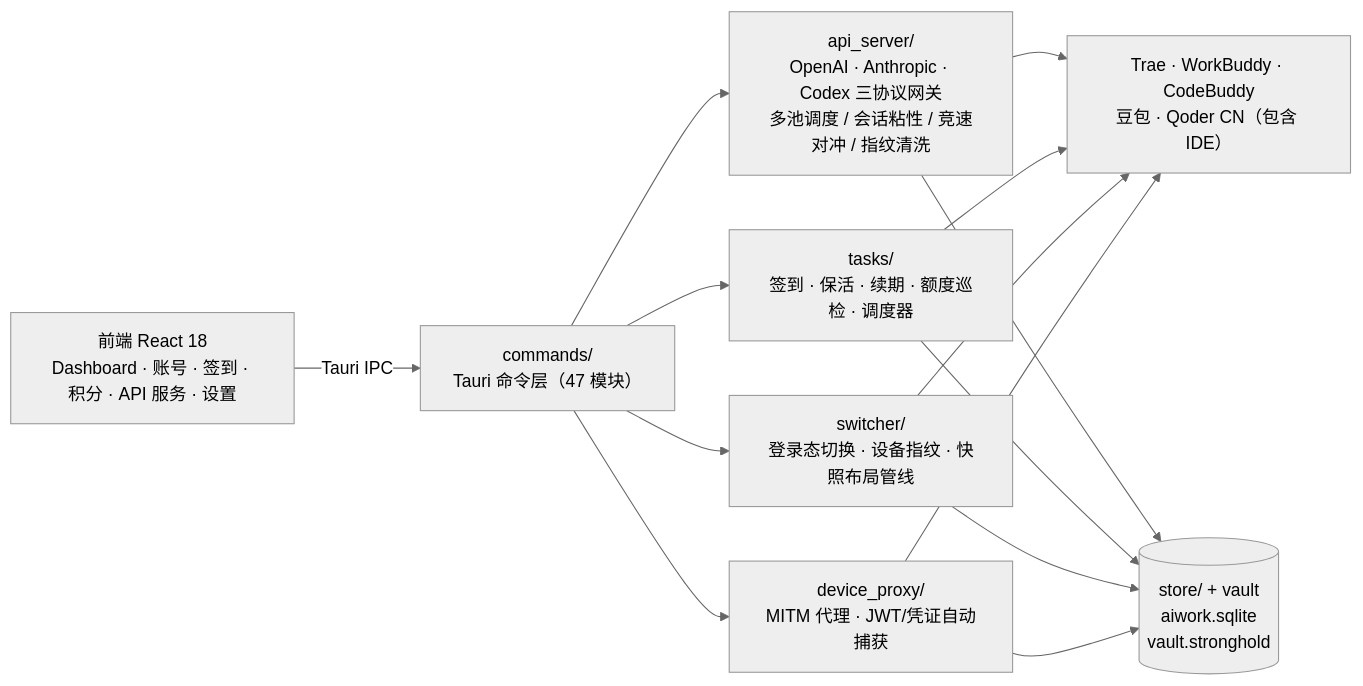
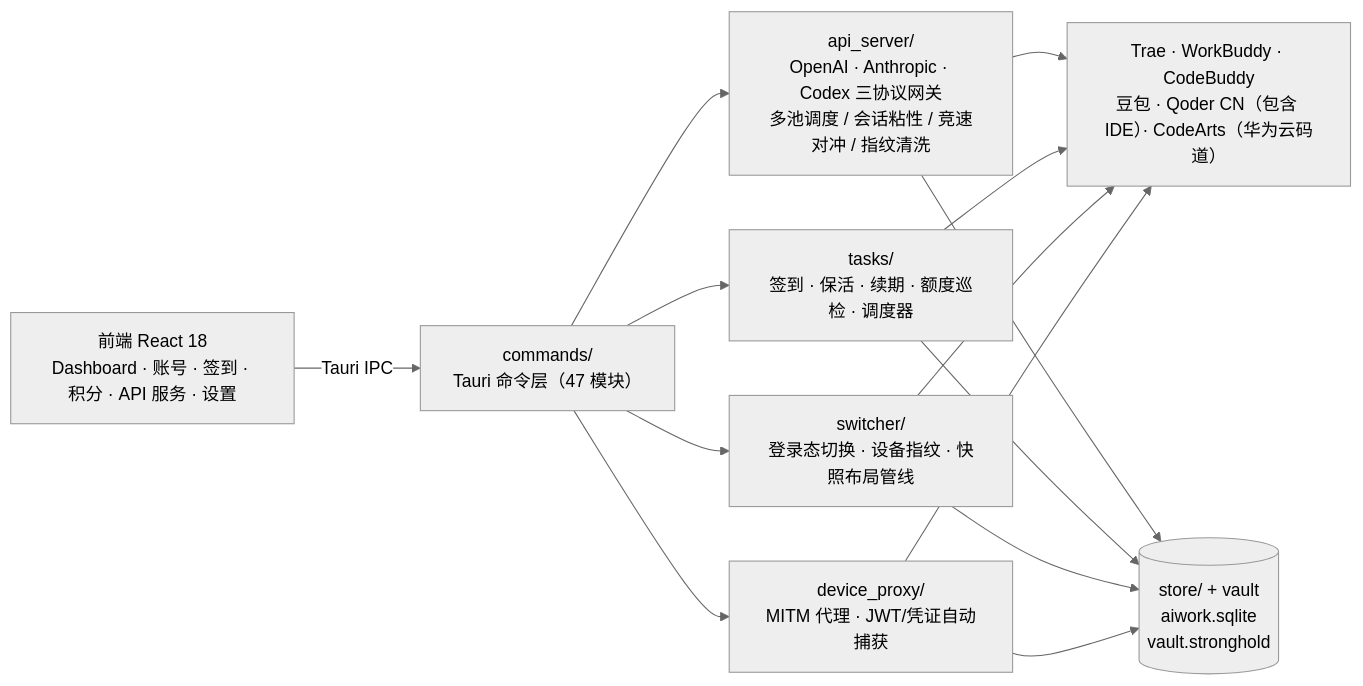
The diagram in README.md (smart-open/TraeWorkAssistant), drawn with Mermaid (neutral theme) before and after one commit. The commit also changed other lines of this file and 65 other files, not shown here.

````diff
--- a/README.md
+++ b/README.md
@@ -121,16 +122,16 @@
 ```mermaid
 flowchart LR
     UI["前端 React 18<br/>Dashboard · 账号 · 签到 · 积分 · API 服务 · 设置"]
     CMD["commands/<br/>Tauri 命令层（47 模块）"]
     GW["api_server/<br/>OpenAI · Anthropic · Codex 三协议网关<br/>多池调度 / 会话粘性 / 竞速对冲 / 指纹清洗"]
     TASKS["tasks/<br/>签到 · 保活 · 续期 · 额度巡检 · 调度器"]
     SW["switcher/<br/>登录态切换 · 设备指纹 · 快照布局管线"]
     PROXY["device_proxy/<br/>MITM 代理 · JWT/凭证自动捕获"]
     STORE[("store/ + vault<br/>aiwork.sqlite<br/>vault.stronghold")]
-    UP["Trae · WorkBuddy · CodeBuddy<br/>豆包 · Qoder CN（包含 IDE）"]
+    UP["Trae · WorkBuddy · CodeBuddy<br/>豆包 · Qoder CN（包含 IDE）· CodeArts（华为云码道）"]
 
     UI -- Tauri IPC --> CMD
     CMD --> GW & TASKS & SW & PROXY
     GW & TASKS & SW & PROXY --> UP
     GW & TASKS & SW & PROXY --> STORE
 ```
````
